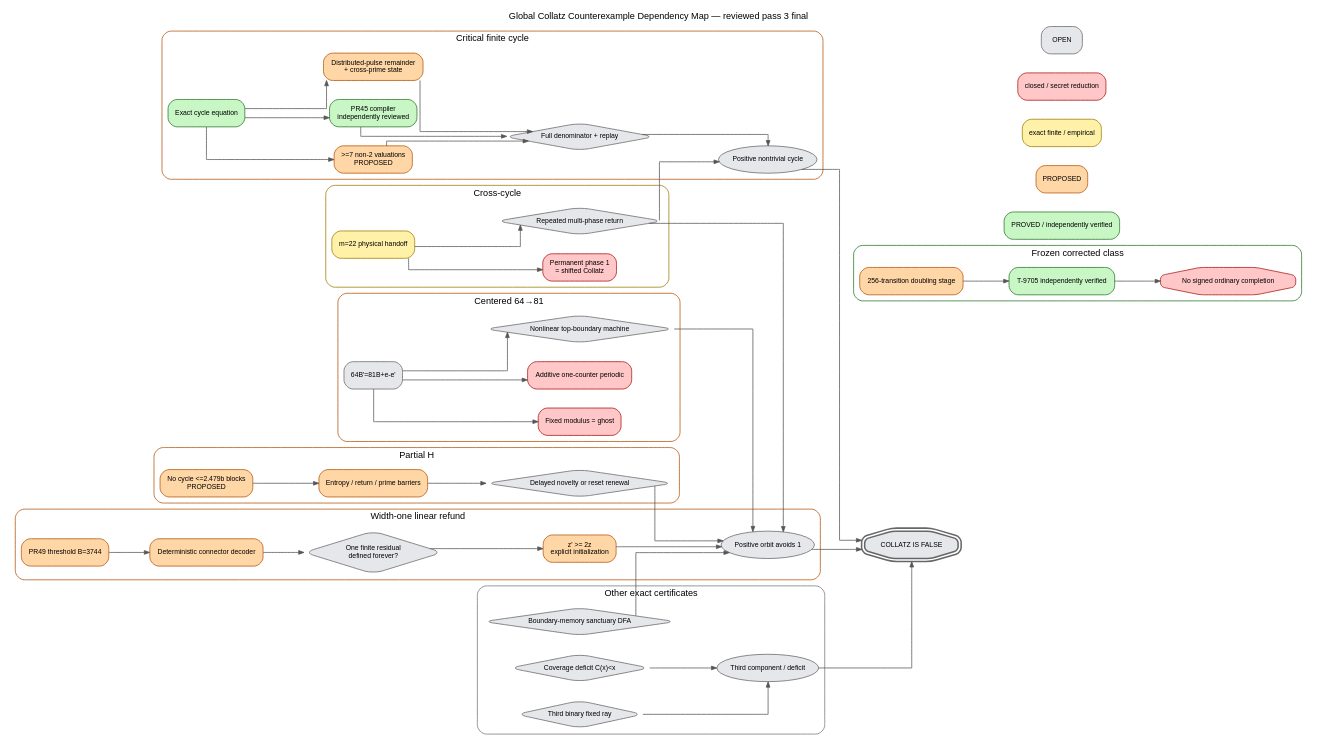
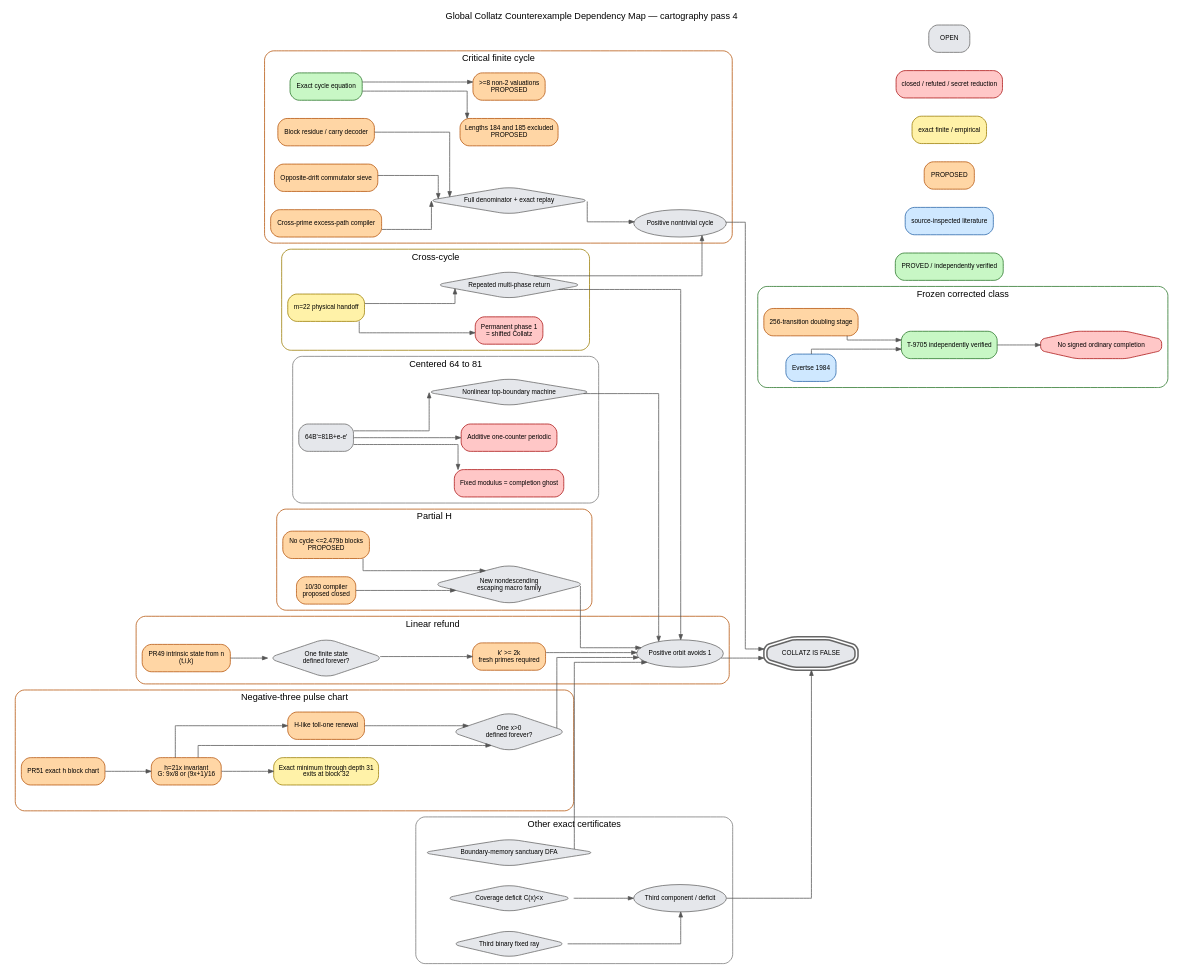
Before and after one commit to GettysburgResearch/collatz: the diagram in docs/global-counterexample-map.dot, drawn with Graphviz.

Commit message:
docs: update Graphviz dependency map for pass 4

```diff
--- a/docs/global-counterexample-map.dot
+++ b/docs/global-counterexample-map.dot
@@ -1,81 +1,94 @@
-digraph CollatzMap {
+digraph CollatzPass4 {
   graph [rankdir=LR, bgcolor="white", fontname="Arial", fontsize=12, labelloc="t",
-         label="Global Collatz Counterexample Dependency Map — reviewed pass 3 final",
-         nodesep=0.35, ranksep=0.75, compound=true, splines=ortho];
-  node [shape=box, style="rounded,filled", fontname="Arial", fontsize=9, margin="0.11,0.06",
-        color="#666666", fillcolor="#e5e7eb"];
-  edge [fontname="Arial", fontsize=8, color="#555555", arrowsize=0.7];
+         label="Global Collatz Counterexample Dependency Map — cartography pass 4",
+         nodesep=0.33, ranksep=0.68, compound=true, splines=ortho];
+  node [shape=box, style="rounded,filled", fontname="Arial", fontsize=8.5,
+        margin="0.11,0.06", color="#666666", fillcolor="#e5e7eb"];
+  edge [fontname="Arial", fontsize=7.5, color="#555555", arrowsize=0.68];
 
   false [label="COLLATZ IS FALSE", shape=doubleoctagon, penwidth=2];
   cycle [label="Positive nontrivial cycle", shape=oval];
   div [label="Positive orbit avoids 1", shape=oval];
   third [label="Third component / deficit", shape=oval];
   cycle -> false; div -> false; third -> false;
 
   subgraph cluster_cycle {
     label="Critical finite cycle"; color="#b45309"; style="rounded";
     ceq [label="Exact cycle equation", fillcolor="#c8f7c5", color="#267326"];
-    support [label=">=7 non-2 valuations\nPROPOSED", fillcolor="#ffd6a5", color="#b45309"];
-    mech [label="PR45 compiler\nindependently reviewed", fillcolor="#c8f7c5", color="#267326"];
-    pulse [label="Distributed-pulse remainder\n+ cross-prime state", fillcolor="#ffd6a5", color="#b45309"];
-    full [label="Full denominator + replay", shape=diamond];
-    ceq -> support -> full; ceq -> mech -> full; ceq -> pulse -> full -> cycle;
+    front [label="Lengths 184 and 185 excluded\nPROPOSED", fillcolor="#ffd6a5", color="#b45309"];
+    support [label=">=8 non-2 valuations\nPROPOSED", fillcolor="#ffd6a5", color="#b45309"];
+    block [label="Block residue / carry decoder", fillcolor="#ffd6a5", color="#b45309"];
+    comm [label="Opposite-drift commutator sieve", fillcolor="#ffd6a5", color="#b45309"];
+    prime [label="Cross-prime excess-path compiler", fillcolor="#ffd6a5", color="#b45309"];
+    full [label="Full denominator + exact replay", shape=diamond];
+    ceq -> front; ceq -> support; block -> full; comm -> full; prime -> full; full -> cycle;
   }
 
   subgraph cluster_frozen {
     label="Frozen corrected class"; color="#267326"; style="rounded";
     stage [label="256-transition doubling stage", fillcolor="#ffd6a5", color="#b45309"];
+    ev [label="Evertse 1984", fillcolor="#cfe8ff", color="#2563a8"];
     t9705 [label="T-9705 independently verified", fillcolor="#c8f7c5", color="#267326"];
-    closed [label="No signed ordinary completion", fillcolor="#ffc7c7", color="#aa1111", shape=octagon];
-    stage -> t9705 -> closed;
+    closed [label="No signed ordinary completion", shape=octagon, fillcolor="#ffc7c7", color="#aa1111"];
+    stage -> t9705 -> closed; ev -> t9705;
   }
 
   subgraph cluster_refund {
-    label="Width-one linear refund"; color="#b45309"; style="rounded";
-    w1 [label="PR49 threshold B=3744", fillcolor="#ffd6a5", color="#b45309"];
-    dec [label="Deterministic connector decoder", fillcolor="#ffd6a5", color="#b45309"];
-    def [label="One finite residual\ndefined forever?", shape=diamond];
-    grow [label="z' >= 2z\nexplicit initialization", fillcolor="#ffd6a5", color="#b45309"];
-    w1 -> dec -> def -> grow -> div;
+    label="Linear refund"; color="#b45309"; style="rounded";
+    comp [label="PR49 intrinsic state from n\n(t,i,k)", fillcolor="#ffd6a5", color="#b45309"];
+    defined [label="One finite state\ndefined forever?", shape=diamond];
+    grow [label="k' >= 2k\nfresh primes required", fillcolor="#ffd6a5", color="#b45309"];
+    comp -> defined -> grow -> div;
+  }
+
+  subgraph cluster_pulse {
+    label="Negative-three pulse chart"; color="#b45309"; style="rounded";
+    o8001 [label="PR51 exact h block chart", fillcolor="#ffd6a5", color="#b45309"];
+    g [label="h=21x invariant\nG: 9x/8 or (9x+1)/16", fillcolor="#ffd6a5", color="#b45309"];
+    gdef [label="One x>0\ndefined forever?", shape=diamond];
+    min31 [label="Exact minimum through depth 31\nexits at block 32", fillcolor="#fff2a8", color="#9a7b00"];
+    renew [label="H-like toll-one renewal", fillcolor="#ffd6a5", color="#b45309"];
+    o8001 -> g -> gdef -> div; g -> min31; g -> renew -> gdef;
   }
 
   subgraph cluster_center {
-    label="Centered 64→81"; color="#b45309"; style="rounded";
+    label="Centered 64 to 81"; color="#777777"; style="rounded";
     zero [label="64B'=81B+e-e'"];
-    ghost [label="Fixed modulus = ghost", fillcolor="#ffc7c7", color="#aa1111"];
+    ghost [label="Fixed modulus = completion ghost", fillcolor="#ffc7c7", color="#aa1111"];
     add [label="Additive one-counter periodic", fillcolor="#ffc7c7", color="#aa1111"];
     top [label="Nonlinear top-boundary machine", shape=diamond];
     zero -> ghost; zero -> add; zero -> top -> div;
   }
 
   subgraph cluster_cross {
     label="Cross-cycle"; color="#9a7b00"; style="rounded";
     cell [label="m=22 physical handoff", fillcolor="#fff2a8", color="#9a7b00"];
     ph1 [label="Permanent phase 1\n= shifted Collatz", fillcolor="#ffc7c7", color="#aa1111"];
     multi [label="Repeated multi-phase return", shape=diamond];
     cell -> ph1; cell -> multi -> div; multi -> cycle;
   }
 
   subgraph cluster_h {
     label="Partial H"; color="#b45309"; style="rounded";
     hc [label="No cycle <=2.479b blocks\nPROPOSED", fillcolor="#ffd6a5", color="#b45309"];
-    hb [label="Entropy / return / prime barriers", fillcolor="#ffd6a5", color="#b45309"];
-    hw [label="Delayed novelty or reset renewal", shape=diamond];
-    hc -> hb -> hw -> div;
+    old [label="10/30 compiler\nproposed closed", fillcolor="#ffd6a5", color="#b45309"];
+    hnew [label="New nondescending\nescaping macro family", shape=diamond];
+    hc -> hnew -> div; old -> hnew;
   }
 
   subgraph cluster_other {
     label="Other exact certificates"; color="#777777"; style="rounded";
     dfa [label="Boundary-memory sanctuary DFA", shape=diamond];
     cover [label="Coverage deficit C(x)<x", shape=diamond];
     cone [label="Third binary fixed ray", shape=diamond];
     dfa -> div; cover -> third; cone -> third;
   }
 
   legend_p [label="PROVED / independently verified", fillcolor="#c8f7c5", color="#267326"];
+  legend_l [label="source-inspected literature", fillcolor="#cfe8ff", color="#2563a8"];
   legend_o [label="PROPOSED", fillcolor="#ffd6a5", color="#b45309"];
   legend_e [label="exact finite / empirical", fillcolor="#fff2a8", color="#9a7b00"];
-  legend_r [label="closed / secret reduction", fillcolor="#ffc7c7", color="#aa1111"];
+  legend_r [label="closed / refuted / secret reduction", fillcolor="#ffc7c7", color="#aa1111"];
   legend_q [label="OPEN", fillcolor="#e5e7eb", color="#666666"];
-  {rank=sink; legend_p; legend_o; legend_e; legend_r; legend_q;}
+  {rank=sink; legend_p; legend_l; legend_o; legend_e; legend_r; legend_q;}
 }
```
